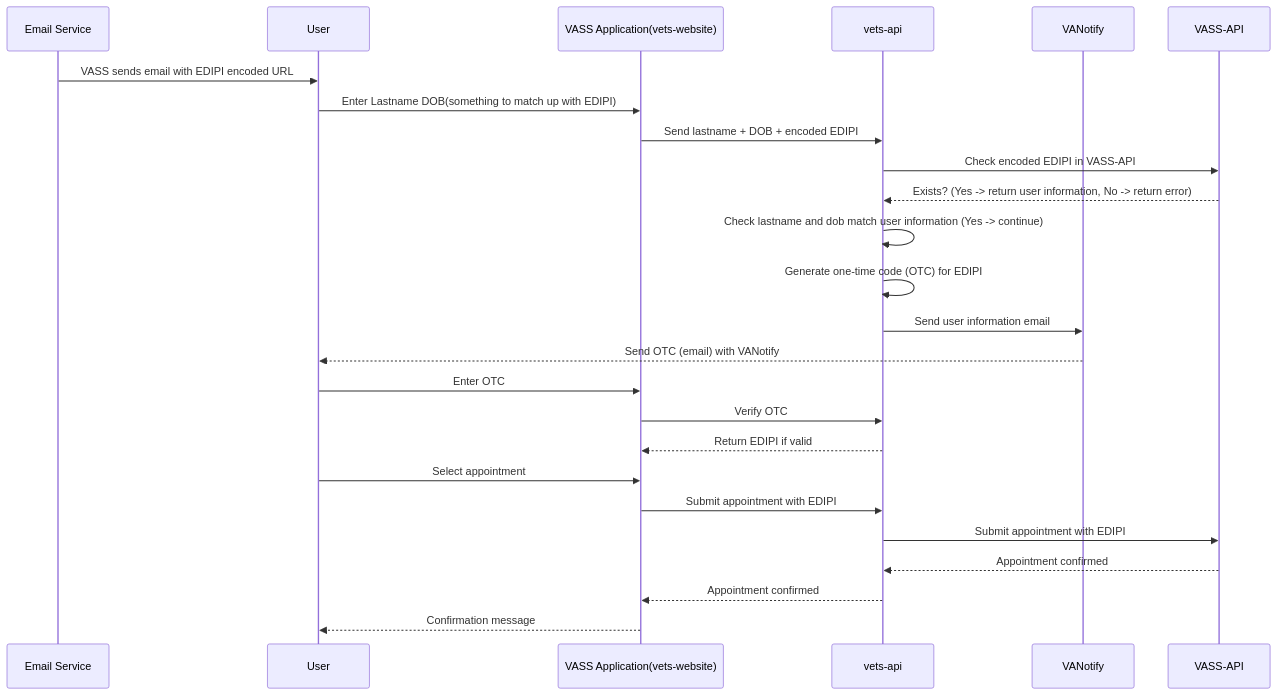
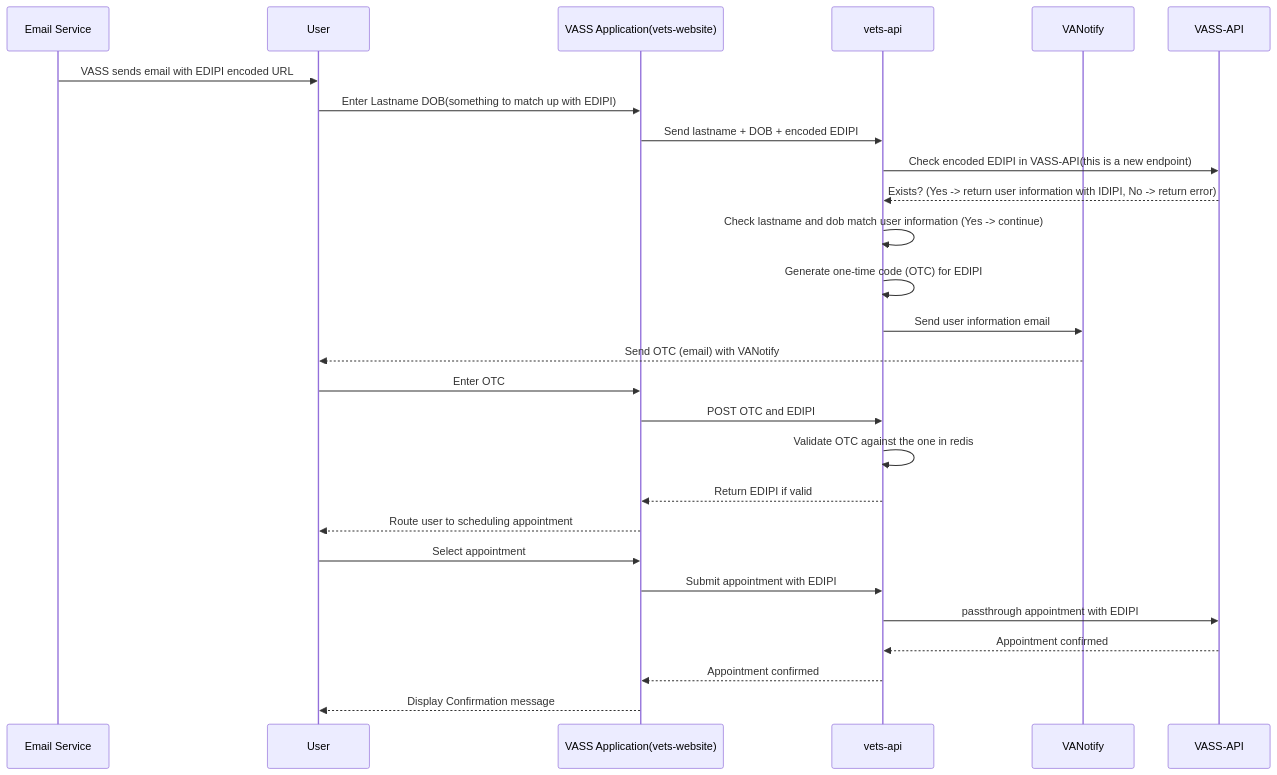
The diagram in products/health-care/appointments/va-online-scheduling/initiatives/solid-start-scheduling/engineering/sequence-diagrams/otc-flow.md (department-of-veterans-affairs/va.gov-team), drawn with Mermaid before and after one commit.

````diff
--- a/products/health-care/appointments/va-online-scheduling/initiatives/solid-start-scheduling/engineering/sequence-diagrams/otc-flow.md
+++ b/products/health-care/appointments/va-online-scheduling/initiatives/solid-start-scheduling/engineering/sequence-diagrams/otc-flow.md
@@ -3,33 +3,35 @@
 ``` mermaid
 sequenceDiagram
     participant E as Email Service
     participant U as User
     participant F as VASS Application(vets-website)
     participant V as vets-api
     
     participant N as VANotify
     participant S as VASS-API
     
     E->>U: VASS sends email with EDIPI encoded URL
     U->>F: Enter Lastname DOB(something to match up with EDIPI)
     F->>V: Send lastname + DOB + encoded EDIPI
-    V->>S: Check encoded EDIPI in VASS-API
+    V->>S: Check encoded EDIPI in VASS-API(this is a new endpoint)
 
-    S-->>V: Exists? (Yes -> return user information, No -> return error)
+    S-->>V: Exists? (Yes -> return user information with IDIPI, No -> return error)
 
     V->>V: Check lastname and dob match user information (Yes -> continue) 
     V->>V: Generate one-time code (OTC) for EDIPI
     V->>N: Send user information email
     N-->>U: Send OTC (email) with VANotify
 
     U->>F: Enter OTC
-    F->>V: Verify OTC
+    F->>V: POST OTC and EDIPI
+    V->>V: Validate OTC against the one in redis
     V-->>F: Return EDIPI if valid
+    F-->>U: Route user to scheduling appointment
 
     U->>F: Select appointment
     F->>V: Submit appointment with EDIPI
-    V->>S: Submit appointment with EDIPI
+    V->>S: passthrough appointment with EDIPI
     S-->>V: Appointment confirmed
     V-->>F: Appointment confirmed
-    F-->>U: Confirmation message
+    F-->>U: Display Confirmation message
 ```
````
